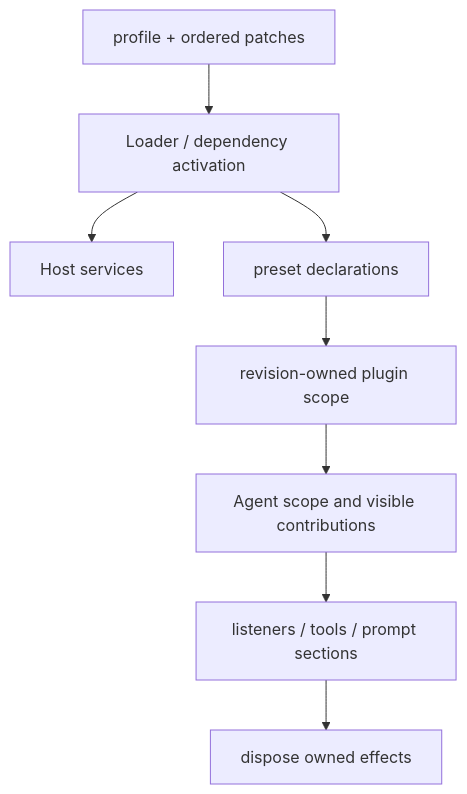
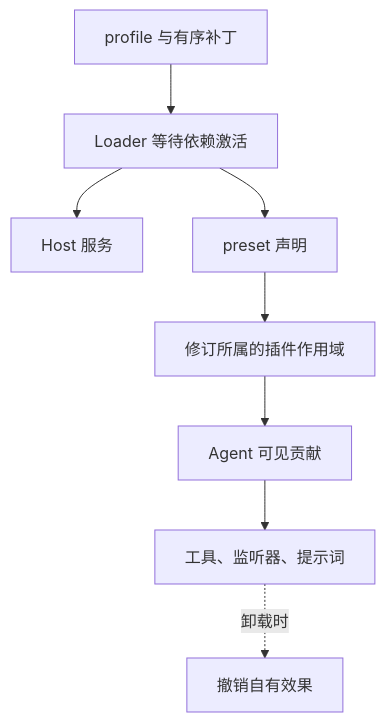
Before and after one commit to eriklee1895/hands-on-dsh: the diagram in how-dsh-works/01-plugin-tree-and-runtime-assembly.md, drawn with Mermaid. The commit also changed other lines of this file and 86 other files, not shown here.

Commit message:
docs: improve course narrative, technical guidance, and diagrams

````diff
--- a/how-dsh-works/01-plugin-tree-and-runtime-assembly.md
+++ b/how-dsh-works/01-plugin-tree-and-runtime-assembly.md
@@ -30,10 +29,10 @@
 ```mermaid
 flowchart TD
-    P["profile + ordered patches"] --> L["Loader / dependency activation"]
-    L --> H["Host services"]
-    L --> D["preset declarations"]
-    D --> R["revision-owned plugin scope"]
-    R --> A["Agent scope and visible contributions"]
-    A --> E["listeners / tools / prompt sections"]
-    E --> X["dispose owned effects"]
+    P["profile 与有序补丁"] --> L["Loader 等待依赖激活"]
+    L --> H["Host 服务"]
+    L --> D["preset 声明"]
+    D --> R["修订所属的插件作用域"]
+    R --> A["Agent 可见贡献"]
+    A --> E["工具、监听器、提示词"]
+    E -.->|"卸载时"| X["撤销自有效果"]
 ```
````
